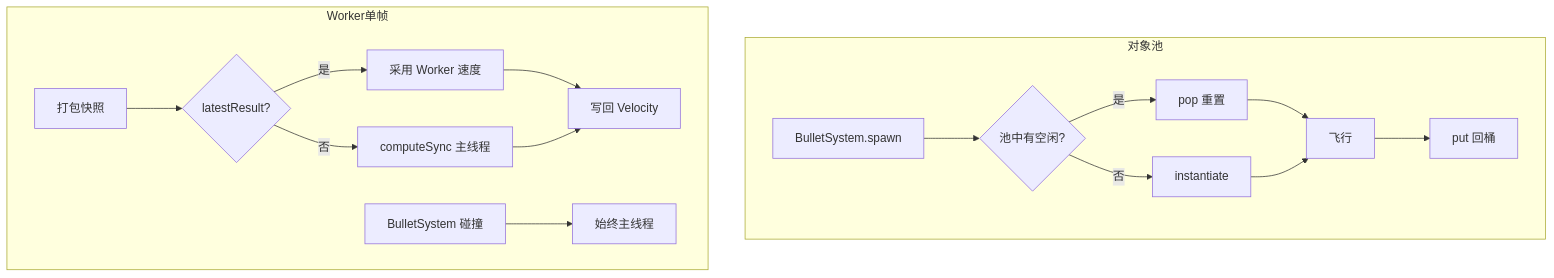
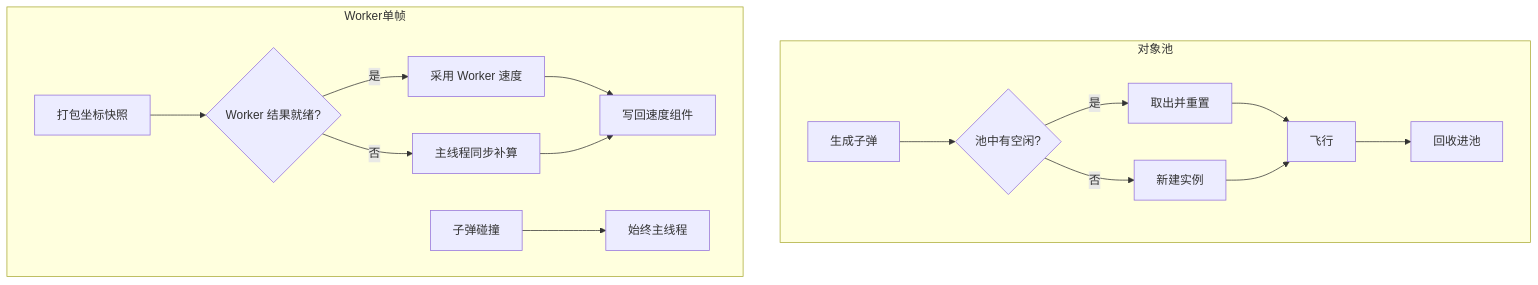
Before and after one commit to kir123456-1q/Survivor-And-Fight: the seventh of 11 diagrams in SurvivorAndFight/docs/答辩PPT大纲.md, drawn with Mermaid. The commit also changed other lines of this file and 17 other files, not shown here.

````diff
--- a/SurvivorAndFight/docs/答辩PPT大纲.md
+++ b/SurvivorAndFight/docs/答辩PPT大纲.md
@@ -390,19 +418,19 @@
 ```mermaid
 flowchart TD
   subgraph 对象池
-    BS[BulletSystem.spawn] --> P{池中有空闲?}
-    P -->|是| R[pop 重置]
-    P -->|否| N[instantiate]
+    BS[生成子弹] --> P{池中有空闲?}
+    P -->|是| R[取出并重置]
+    P -->|否| N[新建实例]
     R --> F[飞行]
     N --> F
-    F --> Q[put 回桶]
+    F --> Q[回收进池]
   end
   subgraph Worker单帧
-    A[打包快照] --> B{latestResult?}
+    A[打包坐标快照] --> B{Worker 结果就绪?}
     B -->|是| C[采用 Worker 速度]
-    B -->|否| D[computeSync 主线程]
-    C --> E[写回 Velocity]
+    B -->|否| D[主线程同步补算]
+    C --> E[写回速度组件]
     D --> E
-    K[BulletSystem 碰撞] --> L[始终主线程]
+    K[子弹碰撞] --> L[始终主线程]
   end
 ```
````
